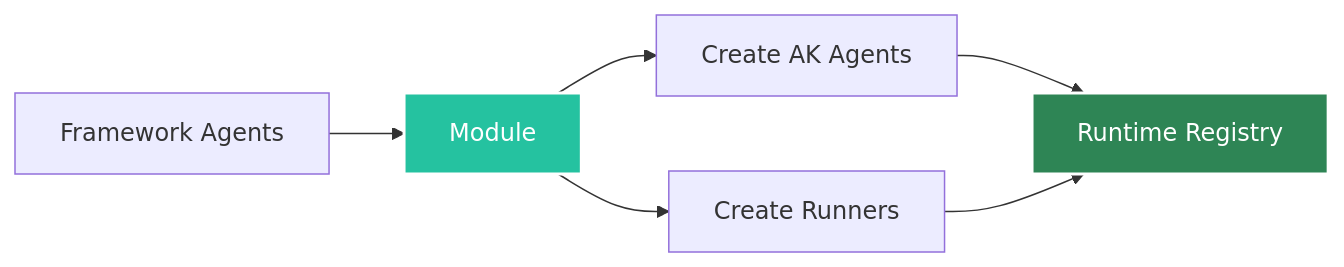
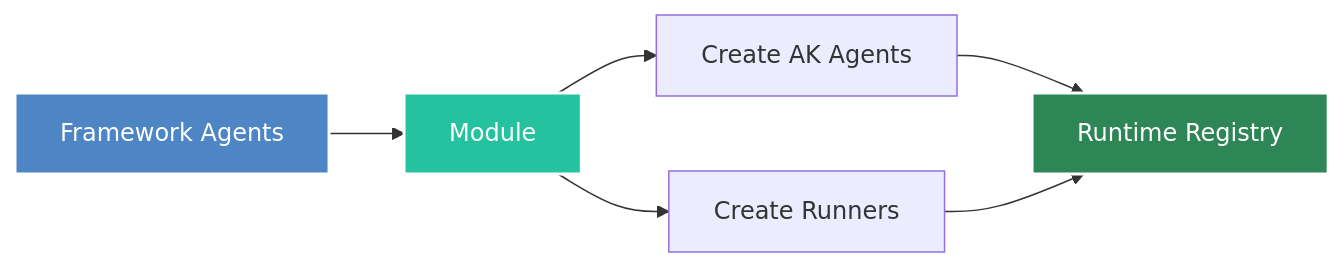
Before and after one commit to yaalalabs/agent-kernel: the first of 2 diagrams in docs/docs/core-concepts/module.md, drawn with Mermaid. The commit also changed other lines of this file and 5 other files, not shown here.

````diff
--- a/docs/docs/core-concepts/module.md
+++ b/docs/docs/core-concepts/module.md
@@ -11,11 +11,12 @@
 ```mermaid
 graph LR
     A[Framework Agents] --> B[Module]
     B --> C[Create AK Agents]
     B --> D[Create Runners]
     C --> E[Runtime Registry]
     D --> E
     
+    style A fill:#4e85c5,stroke:#fff,stroke-width:2px,color:#fff
     style B fill:#25c2a0,stroke:#fff,stroke-width:2px,color:#fff
     style E fill:#2e8555,stroke:#fff,stroke-width:2px,color:#fff
 ```
````
